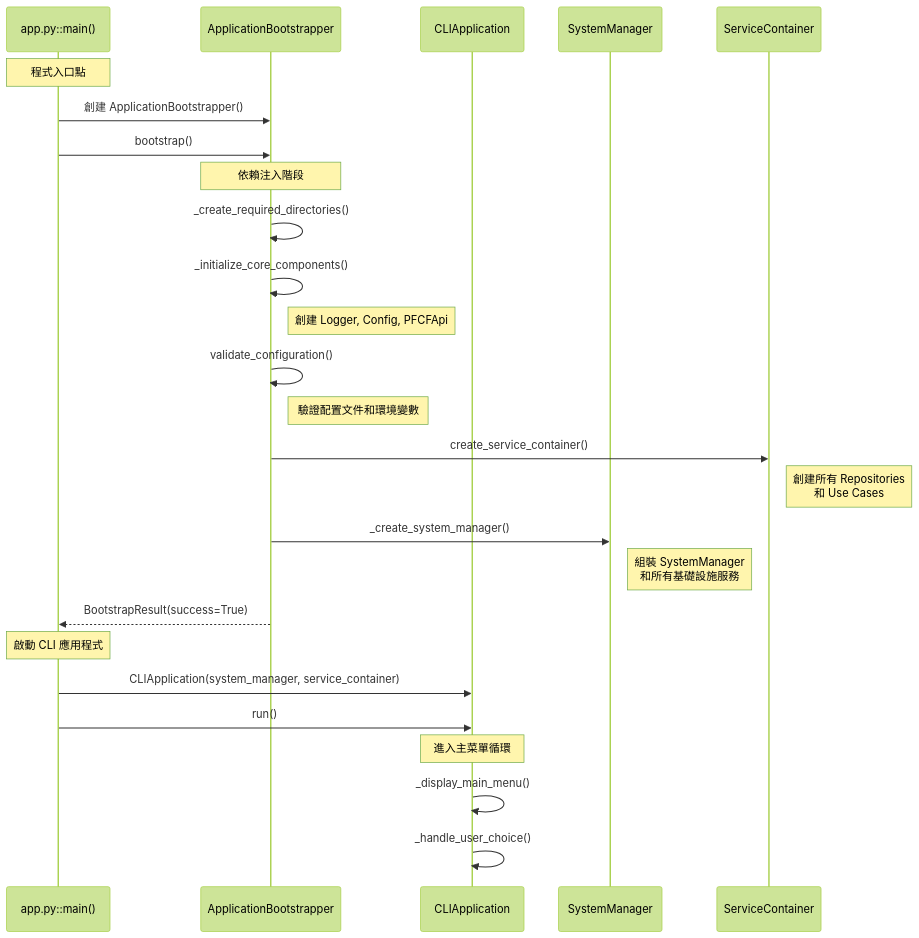
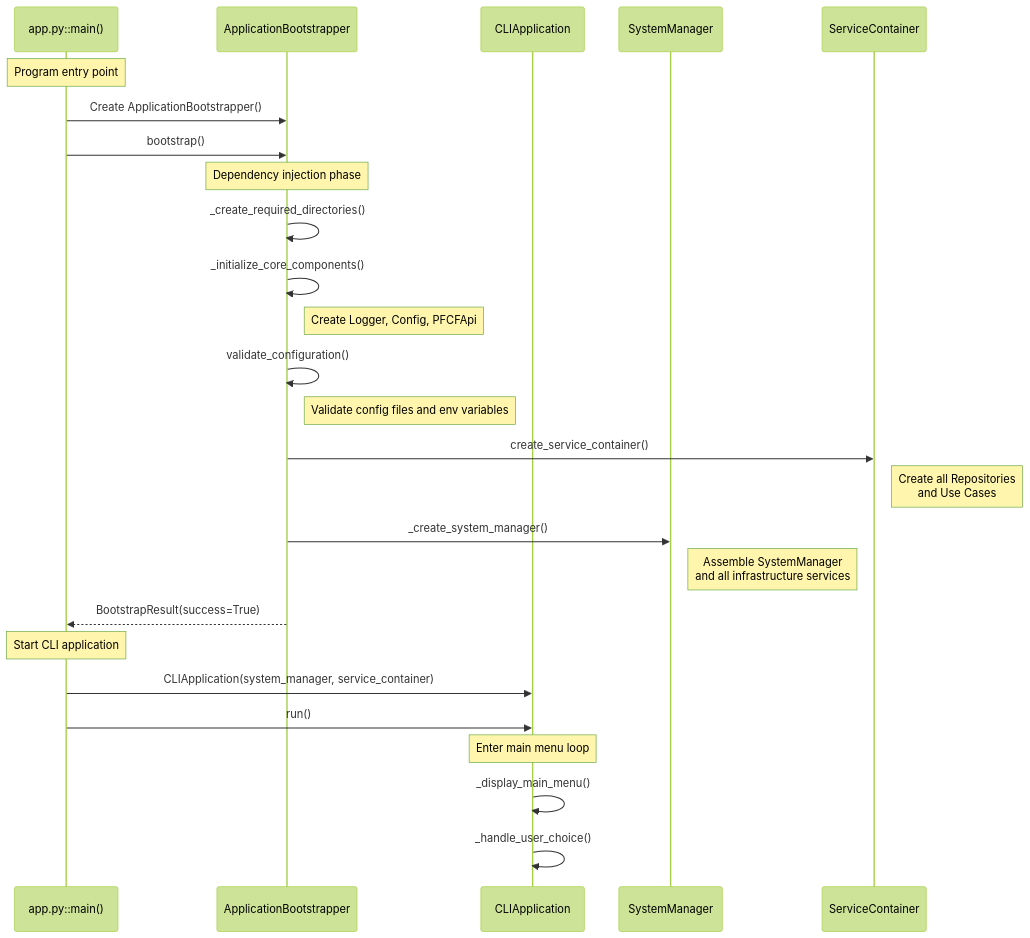
One commit to ttpss930141011/auto-futures-trading-machine changed the first of 11 diagrams in docs/architecture/DETAILED_FLOW_DIAGRAMS.md. Above: the diagram before and after it, drawn with Mermaid (forest theme). The commit also changed other lines of this file and 6 other files, not shown here.

````diff
--- a/docs/architecture/DETAILED_FLOW_DIAGRAMS.md
+++ b/docs/architecture/DETAILED_FLOW_DIAGRAMS.md
@@ -16,36 +16,36 @@
 ```mermaid
 sequenceDiagram
     participant Main as app.py::main()
     participant Bootstrap as ApplicationBootstrapper
     participant CLI as CLIApplication
     participant SM as SystemManager
     participant Container as ServiceContainer
     
-    Note over Main: 程式入口點
-    Main->>Bootstrap: 創建 ApplicationBootstrapper()
+    Note over Main: Program entry point
+    Main->>Bootstrap: Create ApplicationBootstrapper()
     Main->>Bootstrap: bootstrap()
     
-    Note over Bootstrap: 依賴注入階段
+    Note over Bootstrap: Dependency injection phase
     Bootstrap->>Bootstrap: _create_required_directories()
     Bootstrap->>Bootstrap: _initialize_core_components()
-    Note right of Bootstrap: 創建 Logger, Config, PFCFApi
+    Note right of Bootstrap: Create Logger, Config, PFCFApi
     
     Bootstrap->>Bootstrap: validate_configuration()
-    Note right of Bootstrap: 驗證配置文件和環境變數
+    Note right of Bootstrap: Validate config files and env variables
     
     Bootstrap->>Container: create_service_container()
-    Note right of Container: 創建所有 Repositories<br/>和 Use Cases
+    Note right of Container: Create all Repositories<br/>and Use Cases
     
     Bootstrap->>SM: _create_system_manager()
-    Note right of SM: 組裝 SystemManager<br/>和所有基礎設施服務
+    Note right of SM: Assemble SystemManager<br/>and all infrastructure services
     
     Bootstrap-->>Main: BootstrapResult(success=True)
     
-    Note over Main: 啟動 CLI 應用程式
+    Note over Main: Start CLI application
     Main->>CLI: CLIApplication(system_manager, service_container)
     Main->>CLI: run()
     
-    Note over CLI: 進入主菜單循環
+    Note over CLI: Enter main menu loop
     CLI->>CLI: _display_main_menu()
     CLI->>CLI: _handle_user_choice()
 ```
````
